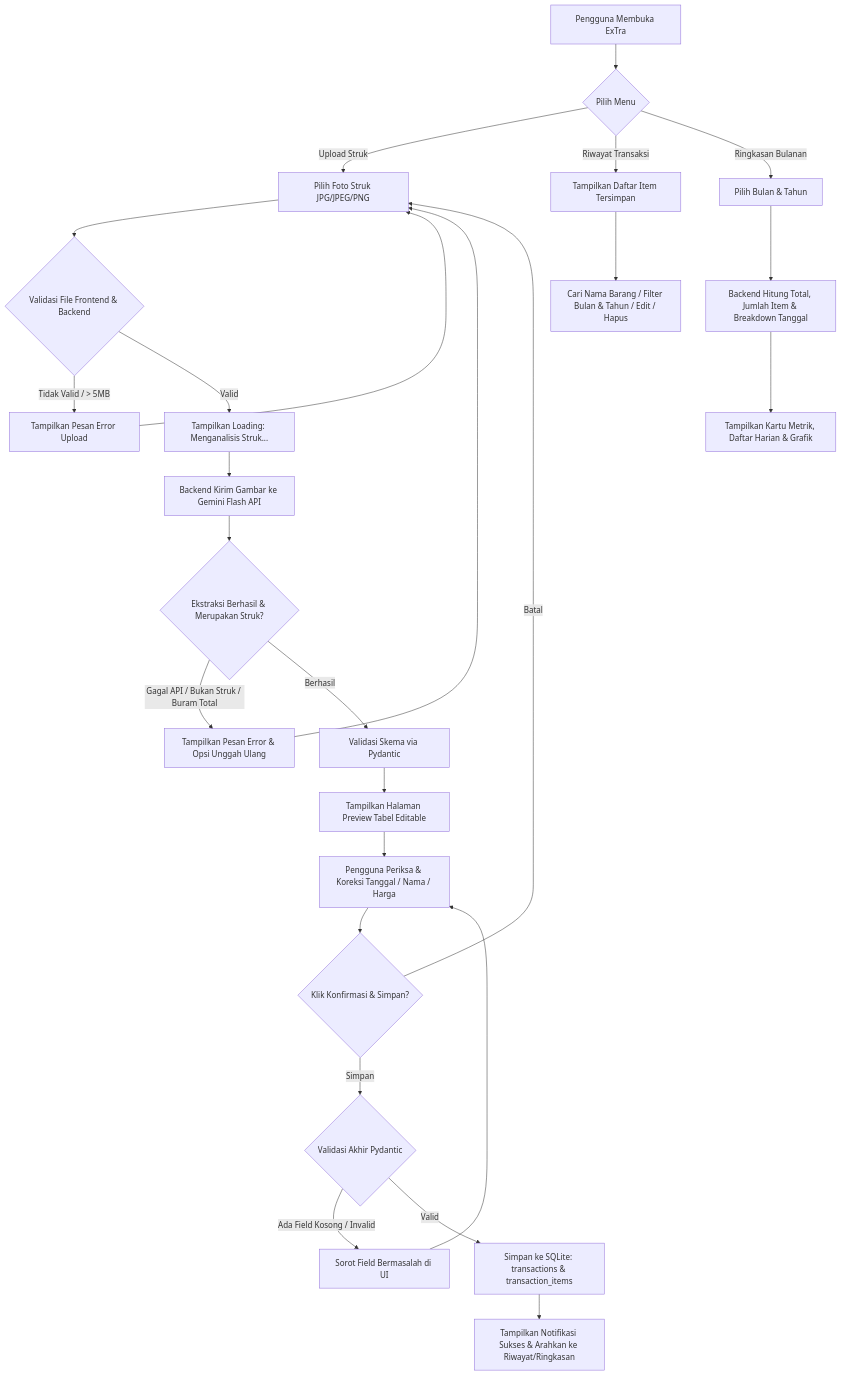
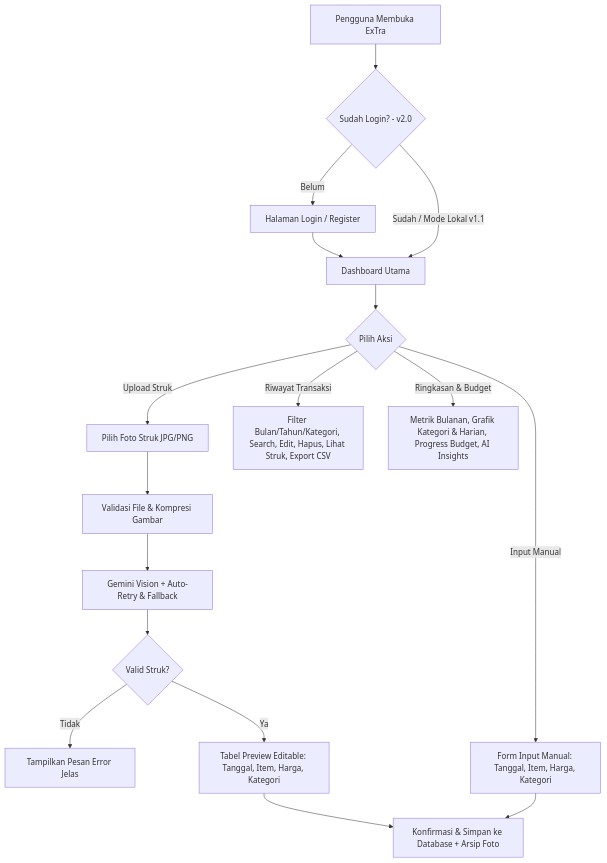
Before and after one commit to aqilareindra/ExTra-Expense-Tracker: the first of 3 diagrams in PRD.md, drawn with Mermaid. The commit also changed other lines of this file and 1 other file, not shown here.

````diff
--- a/PRD.md
+++ b/PRD.md
@@ -174,33 +155,22 @@
 ```mermaid
 flowchart TD
-    A[Pengguna Membuka ExTra] --> B{Pilih Menu}
+    A[Pengguna Membuka ExTra] --> B{Sudah Login? - v2.0}
+    B -->|Belum| AUTH[Halaman Login / Register]
+    AUTH --> C[Dashboard Utama]
+    B -->|Sudah / Mode Lokal v1.1| C
 
-    B -->|Upload Struk| C[Pilih Foto Struk JPG/JPEG/PNG]
-    C --> D{Validasi File Frontend & Backend}
-    D -->|Tidak Valid / > 5MB| E[Tampilkan Pesan Error Upload]
-    E --> C
-    D -->|Valid| F[Tampilkan Loading: Menganalisis Struk...]
-    F --> G[Backend Kirim Gambar ke Gemini Flash API]
+    C --> D{Pilih Aksi}
+    D -->|Upload Struk| E[Pilih Foto Struk JPG/PNG]
+    E --> F[Validasi File & Kompresi Gambar]
+    F --> G[Gemini Vision + Auto-Retry & Fallback]
+    G --> H{Valid Struk?}
+    H -->|Tidak| ERR[Tampilkan Pesan Error Jelas]
+    H -->|Ya| PREV[Tabel Preview Editable: Tanggal, Item, Harga, Kategori]
+    PREV --> SAVE[Konfirmasi & Simpan ke Database + Arsip Foto]
 
-    G --> H{Ekstraksi Berhasil & Merupakan Struk?}
-    H -->|Gagal API / Bukan Struk / Buram Total| I[Tampilkan Pesan Error & Opsi Unggah Ulang]
-    I --> C
-    H -->|Berhasil| J[Validasi Skema via Pydantic]
-    J --> K[Tampilkan Halaman Preview Tabel Editable]
+    D -->|Input Manual| MAN[Form Input Manual: Tanggal, Item, Harga, Kategori]
+    MAN --> SAVE
 
-    K --> L[Pengguna Periksa & Koreksi Tanggal / Nama / Harga]
-    L --> M{Klik Konfirmasi & Simpan?}
-    M -->|Batal| C
-    M -->|Simpan| N{Validasi Akhir Pydantic}
-    N -->|Ada Field Kosong / Invalid| O[Sorot Field Bermasalah di UI]
-    O --> L
-    N -->|Valid| P[Simpan ke SQLite: transactions & transaction_items]
-    P --> Q[Tampilkan Notifikasi Sukses & Arahkan ke Riwayat/Ringkasan]
-
-    B -->|Riwayat Transaksi| R[Tampilkan Daftar Item Tersimpan]
-    R --> S[Cari Nama Barang / Filter Bulan & Tahun / Edit / Hapus]
-
-    B -->|Ringkasan Bulanan| T[Pilih Bulan & Tahun]
-    T --> U[Backend Hitung Total, Jumlah Item & Breakdown Tanggal]
-    U --> V[Tampilkan Kartu Metrik, Daftar Harian & Grafik]
+    D -->|Riwayat Transaksi| HIST[Filter Bulan/Tahun/Kategori, Search, Edit, Hapus, Lihat Struk, Export CSV]
+    D -->|Ringkasan & Budget| SUM[Metrik Bulanan, Grafik Kategori & Harian, Progress Budget, AI Insights]
 ```
````
